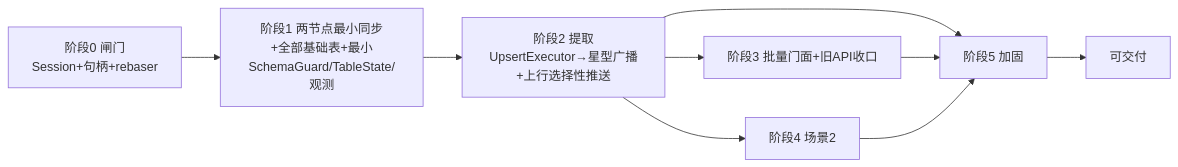
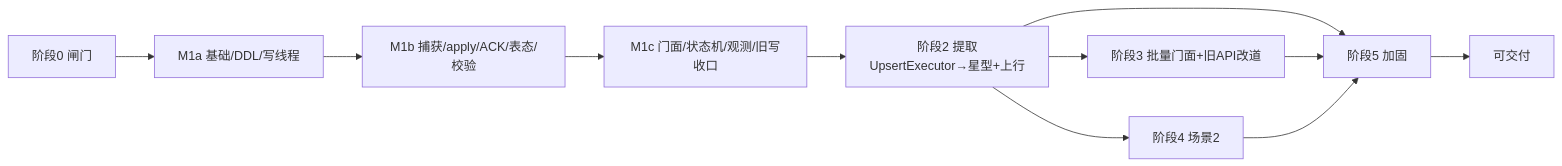
The first of 2 diagrams in specs/SQLite-同步工具-plan.md (055liufl/excelproject), drawn with Mermaid before and after one commit. The commit also changed other lines of this file, not shown here.

````diff
--- a/specs/SQLite-同步工具-plan.md
+++ b/specs/SQLite-同步工具-plan.md
@@ -26,11 +28,13 @@
 ```mermaid
 graph LR
-    P0["阶段0 闸门<br/>Session+句柄+rebaser"] --> P1["阶段1 两节点最小同步<br/>+全部基础表+最小SchemaGuard/TableState/观测"]
-    P1 --> P2["阶段2 提取UpsertExecutor→星型广播+上行选择性推送"]
-    P2 --> P3["阶段3 批量门面+旧API收口"]
+    P0["阶段0 闸门"] --> M1a["M1a 基础/DDL/写线程"]
+    M1a --> M1b["M1b 捕获/apply/ACK/表态/校验"]
+    M1b --> M1c["M1c 门面/状态机/观测/旧写收口"]
+    M1c --> P2["阶段2 提取UpsertExecutor→星型+上行"]
+    P2 --> P3["阶段3 批量门面+旧API改道"]
     P2 --> P4["阶段4 场景2"]
     P2 --> P5["阶段5 加固"]
     P3 --> P5
     P4 --> P5
     P5 --> DONE["可交付"]
 ```
````
